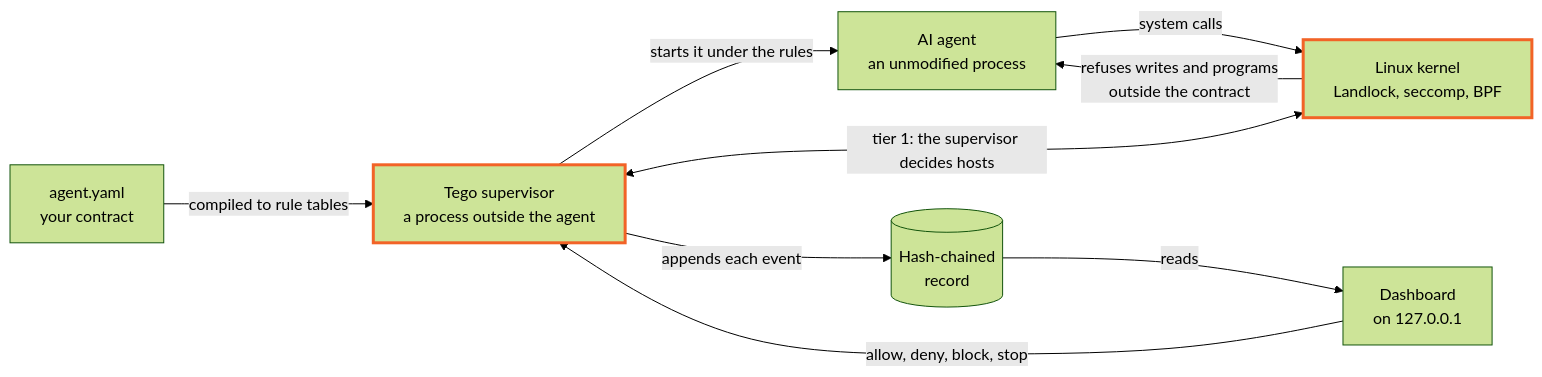
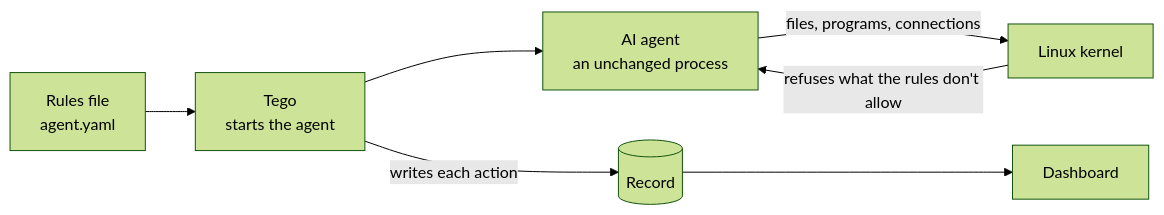
Before and after one commit to Attention-Span-AI/Tego: the diagram in README.md, drawn with Mermaid (forest theme). The commit also changed other lines of this file, not shown here.

````diff
--- a/README.md
+++ b/README.md
@@ -184,14 +78,9 @@
 ```mermaid
 flowchart LR
-    contract["agent.yaml<br/>your contract"] -->|compiled to rule tables| supervisor
-    supervisor["Tego supervisor<br/>a process outside the agent"] -->|starts it under the rules| agent["AI agent<br/>an unmodified process"]
-    agent -->|system calls| kernel["Linux kernel<br/>Landlock, seccomp, BPF"]
-    kernel -->|refuses writes and programs<br/>outside the contract| agent
-    kernel <-->|tier 1: the supervisor decides hosts| supervisor
-    supervisor -->|appends each event| ledger[("Hash-chained<br/>record")]
-    ledger -->|reads| dashboard["Dashboard<br/>on 127.0.0.1"]
-    dashboard -->|allow, deny, block, stop| supervisor
-
-    style supervisor stroke:#F26327,stroke-width:3px
-    style kernel stroke:#F26327,stroke-width:3px
+    rules["Rules file<br/>agent.yaml"] --> tego["Tego<br/>starts the agent"]
+    tego --> agent["AI agent<br/>an unchanged process"]
+    agent -->|files, programs, connections| kernel["Linux kernel"]
+    kernel -->|refuses what the rules don't allow| agent
+    tego -->|writes each action| record[("Record")]
+    record --> dashboard["Dashboard"]
 ```
````
